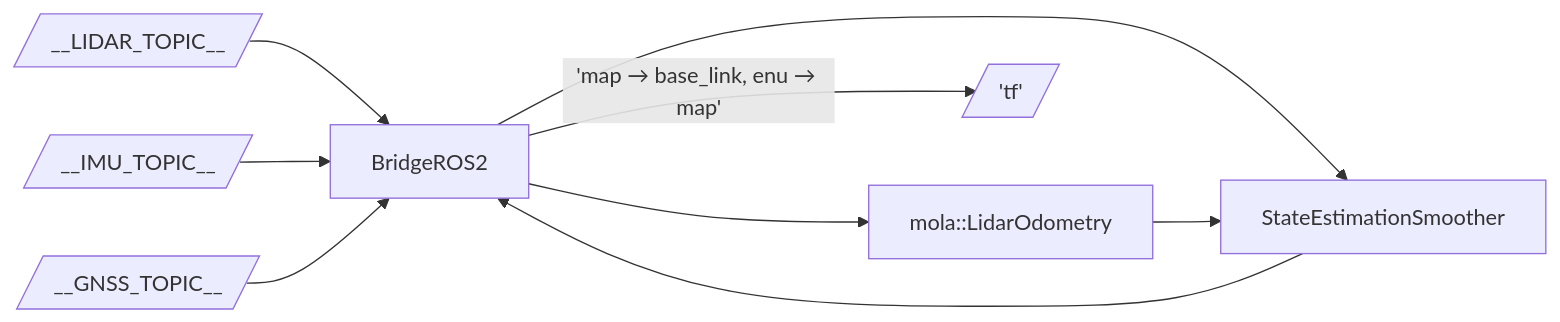
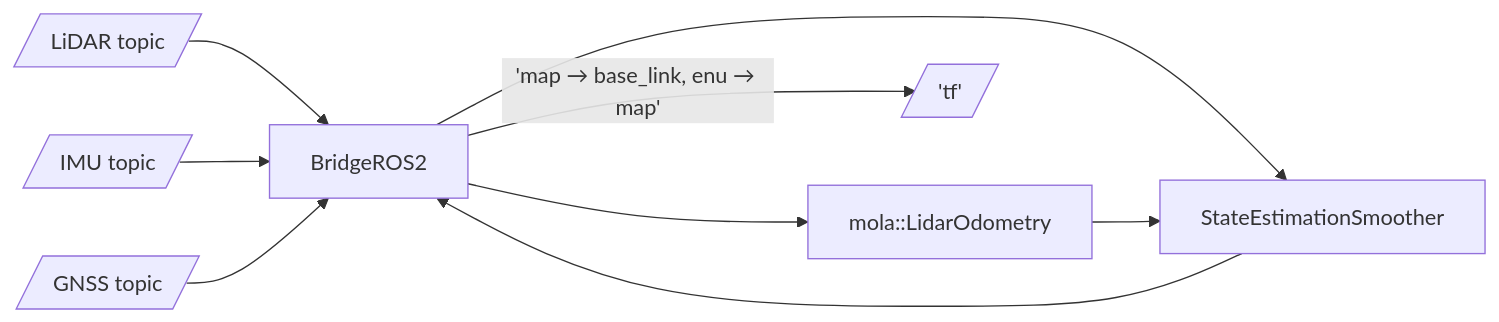
The eighth of 11 diagrams in docs/source/mola_ros2_configurations.rst (ros2-gbp/mola-release), drawn with Mermaid before and after one commit. The commit also changed other lines of this file and 119 other files, not shown here.

```diff
--- a/docs/source/mola_ros2_configurations.rst
+++ b/docs/source/mola_ros2_configurations.rst
@@ -494,11 +505,11 @@
 .. mermaid::
 
    flowchart LR
-     lidar[/"__LIDAR_TOPIC__"/] --> bridge[BridgeROS2]
-     imu[/"__IMU_TOPIC__"/] --> bridge
-     gnss[/"__GNSS_TOPIC__"/] --> bridge
+     lidar[/"LiDAR topic"/] --> bridge[BridgeROS2]
+     imu[/"IMU topic"/] --> bridge
+     gnss[/"GNSS topic"/] --> bridge
      bridge --> lo[mola::LidarOdometry]
      bridge --> smoother[StateEstimationSmoother]
      lo --> smoother
      smoother --> bridge
      bridge -->|'map → base_link, enu → map'| tfout[/'tf'/]
```
